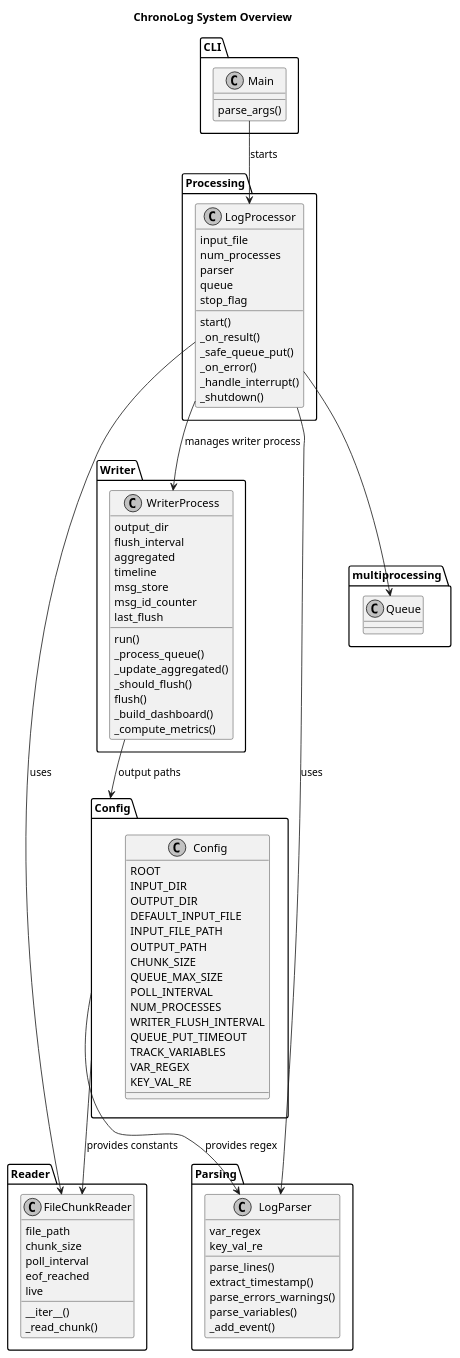
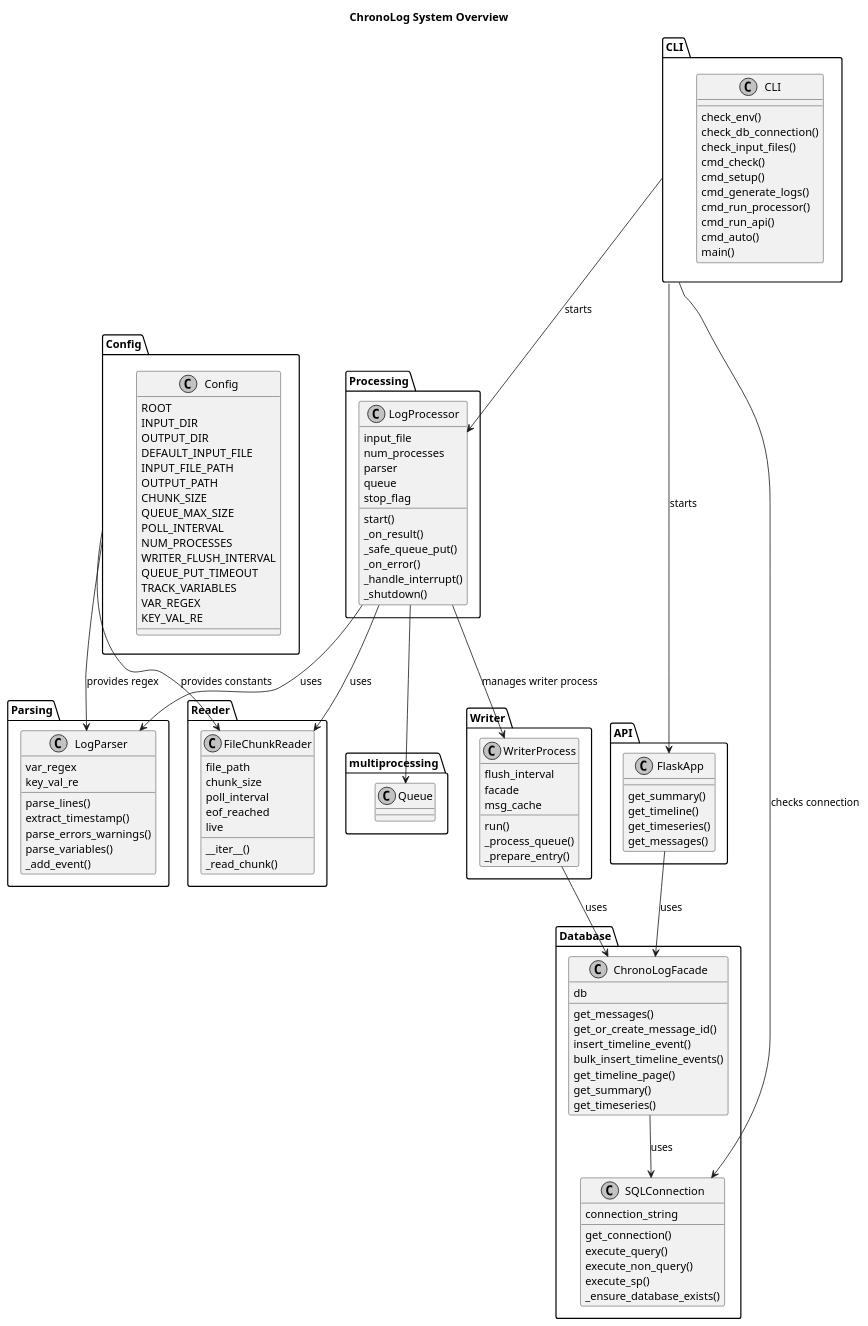
One commit to quackextractor/ChronoLog changed the diagram in ChronoLog/docs/diagram.puml. Above: the diagram before and after it, drawn with PlantUML.

```diff
--- a/ChronoLog/docs/diagram.puml
+++ b/ChronoLog/docs/diagram.puml
@@ -1,102 +1,141 @@
 @startuml ChronoLog
 
 title ChronoLog System Overview
 
 skinparam monochrome true
 skinparam shadowing false
 
 package "Config" {
     class Config {
         ROOT
         INPUT_DIR
         OUTPUT_DIR
         DEFAULT_INPUT_FILE
         INPUT_FILE_PATH
         OUTPUT_PATH
         CHUNK_SIZE
         QUEUE_MAX_SIZE
         POLL_INTERVAL
         NUM_PROCESSES
         WRITER_FLUSH_INTERVAL
         QUEUE_PUT_TIMEOUT
         TRACK_VARIABLES
         VAR_REGEX
         KEY_VAL_RE
     }
 }
 
 package "Reader" {
     class FileChunkReader {
         file_path
         chunk_size
         poll_interval
         eof_reached
         live
         __iter__()
         _read_chunk()
     }
 }
 
 package "Parsing" {
     class LogParser {
         var_regex
         key_val_re
         parse_lines()
         extract_timestamp()
         parse_errors_warnings()
         parse_variables()
         _add_event()
     }
 }
 
 package "Processing" {
     class LogProcessor {
         input_file
         num_processes
         parser
         queue
         stop_flag
         start()
         _on_result()
         _safe_queue_put()
         _on_error()
         _handle_interrupt()
         _shutdown()
     }
 }
 
+package "Database" {
+    class SQLConnection {
+        connection_string
+        get_connection()
+        execute_query()
+        execute_non_query()
+        execute_sp()
+        _ensure_database_exists()
+    }
+
+    class ChronoLogFacade {
+        db
+        get_messages()
+        get_or_create_message_id()
+        insert_timeline_event()
+        bulk_insert_timeline_events()
+        get_timeline_page()
+        get_summary()
+        get_timeseries()
+    }
+}
+
 package "Writer" {
     class WriterProcess {
-        output_dir
         flush_interval
-        aggregated
-        timeline
-        msg_store
-        msg_id_counter
-        last_flush
+        facade
+        msg_cache
         run()
         _process_queue()
-        _update_aggregated()
-        _should_flush()
-        flush()
-        _build_dashboard()
-        _compute_metrics()
+        _prepare_entry()
+    }
+}
+
+package "API" {
+    class FlaskApp {
+        get_summary()
+        get_timeline()
+        get_timeseries()
+        get_messages()
     }
 }
 
 package "CLI" {
-    class Main {
-        parse_args()
+    class CLI {
+        check_env()
+        check_db_connection()
+        check_input_files()
+        cmd_check()
+        cmd_setup()
+        cmd_generate_logs()
+        cmd_run_processor()
+        cmd_run_api()
+        cmd_auto()
+        main()
     }
 }
 
 Config --> FileChunkReader : provides constants
 Config --> LogParser : provides regex
 LogProcessor --> LogParser : uses
 LogProcessor --> FileChunkReader : uses
 LogProcessor --> WriterProcess : manages writer process
 LogProcessor --> multiprocessing.Queue
-WriterProcess --> Config : output paths
-Main --> LogProcessor : starts
+
+WriterProcess --> ChronoLogFacade : uses
+ChronoLogFacade --> SQLConnection : uses
+
+CLI --> LogProcessor : starts
+CLI --> FlaskApp : starts
+CLI --> SQLConnection : checks connection
+
+FlaskApp --> ChronoLogFacade : uses
 
 @enduml
```
